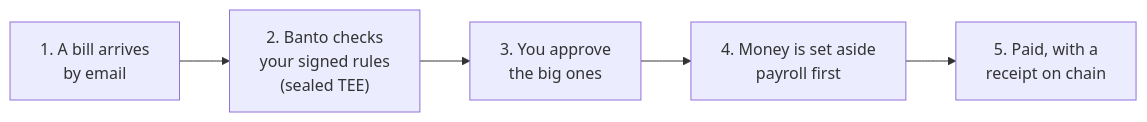
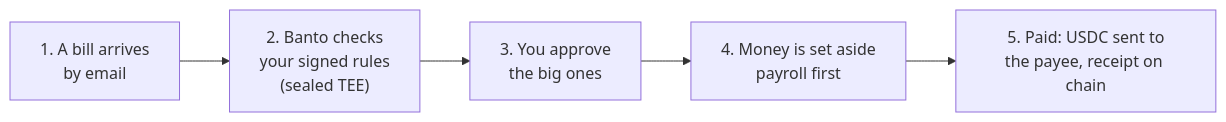
Before and after one commit to growthmindsetgg/takara-ai: the diagram in README.md, drawn with Mermaid. The commit also changed other lines of this file and 75 other files, not shown here.

````diff
--- a/README.md
+++ b/README.md
@@ -3,7 +3,7 @@
 ```mermaid
 flowchart LR
   A["1. A bill arrives<br/>by email"] --> B["2. Banto checks<br/>your signed rules<br/>(sealed TEE)"]
   B --> C["3. You approve<br/>the big ones"]
   C --> D["4. Money is set aside<br/>payroll first"]
-  D --> E["5. Paid, with a<br/>receipt on chain"]
+  D --> E["5. Paid: USDC sent to<br/>the payee, receipt on chain"]
 ```
````
